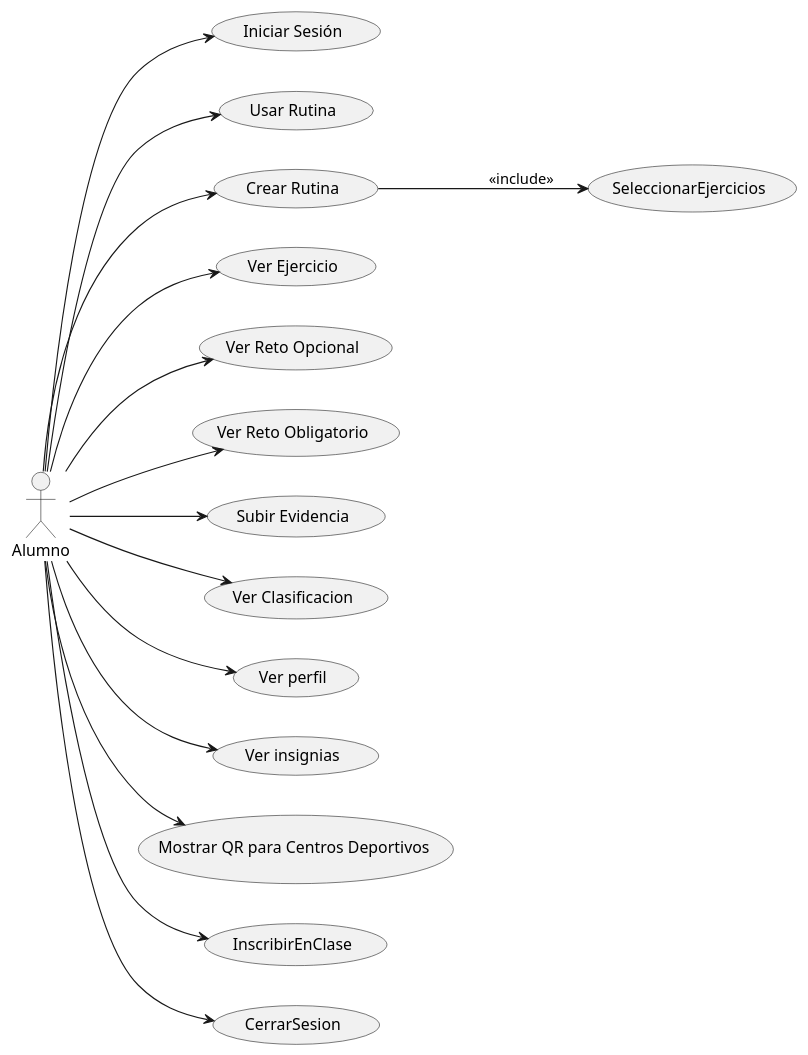
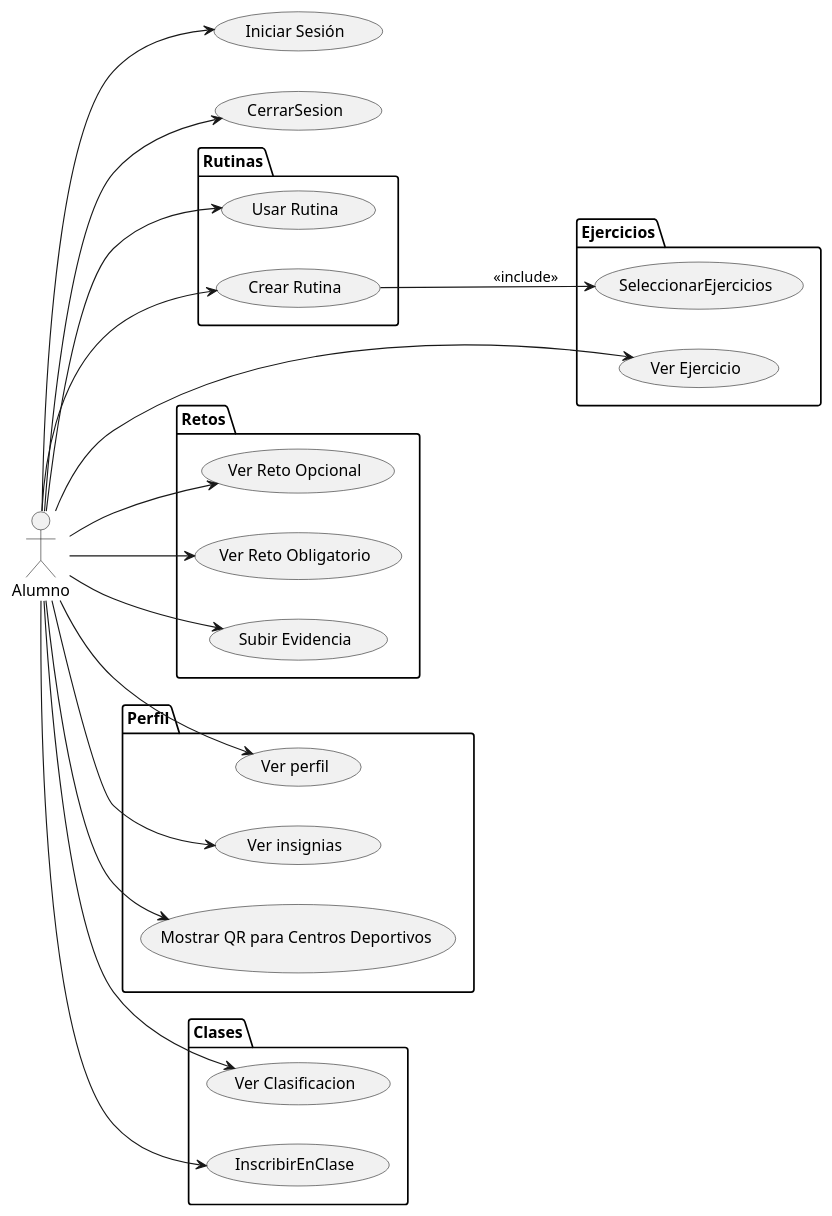
The diagram in Documentos/CasosUso/CdU_Alumno.puml (mmasias/24-25-IdSw1-SDR), drawn with PlantUML before and after one commit.

```diff
--- a/Documentos/CasosUso/CdU_Alumno.puml
+++ b/Documentos/CasosUso/CdU_Alumno.puml
@@ -1,35 +1,51 @@
 left to right direction
 actor Alumno
 
+package Rutinas{
+  usecase "Usar Rutina" as UsarRutinas
+  usecase "Crear Rutina" as CrearRutinaPersonalizada
+}
+
+package Ejercicios{
+  usecase "SeleccionarEjercicios" as SeleccionarEjercicios
+  usecase "Ver Ejercicio" as VerEjercicio
+}
+
+package Retos{
+  usecase "Ver Reto Opcional" as RetoOpcional
+  usecase "Ver Reto Obligatorio" as RetoObligatorio
+  usecase "Subir Evidencia" as SubirEvidencia
+}
+
+package Perfil{
+  usecase "Ver perfil" as VerPerfil
+  usecase "Ver insignias" as VerInsignias
+  usecase "Mostrar QR para Centros Deportivos " as MostrarQR
+}
+
+package Clases{
+  usecase "Ver Clasificacion" as VerClasificaciones
+  usecase "InscribirEnClase" as InscribirClase
+}
+
 usecase "Iniciar Sesión" as IniciarSesion
-usecase "Usar Rutina" as UsarRutinas
-usecase "Crear Rutina" as CrearRutinaPersonalizada
-usecase "Ver Ejercicio" as VerEjercicio
-usecase "Ver Reto Opcional" as RetoOpcional
-usecase "Ver Reto Obligatorio" as RetoObligatorio
-usecase "Subir Evidencia" as SubirEvidencia
-usecase "Ver Clasificacion" as VerClasificaciones
-usecase "Ver perfil" as VerPerfil
-usecase "Ver insignias" as VerInsignias
-usecase "Mostrar QR para Centros Deportivos " as MostrarQR
-usecase "InscribirEnClase" as InscribirClase
 usecase "CerrarSesion" as CerrarSesion
-usecase "SeleccionarEjercicios" as SeleccionarEjercicios
+
 
 Alumno --> IniciarSesion
 Alumno --> UsarRutinas
 Alumno --> CrearRutinaPersonalizada
 Alumno --> VerEjercicio
 Alumno --> RetoOpcional
 Alumno --> RetoObligatorio
 Alumno --> SubirEvidencia
 Alumno --> VerClasificaciones
 Alumno --> VerPerfil
 Alumno --> VerInsignias
 Alumno --> MostrarQR
 Alumno --> InscribirClase
 Alumno --> CerrarSesion 
 
 CrearRutinaPersonalizada --> SeleccionarEjercicios : <<include>>
 
 @enduml
```
